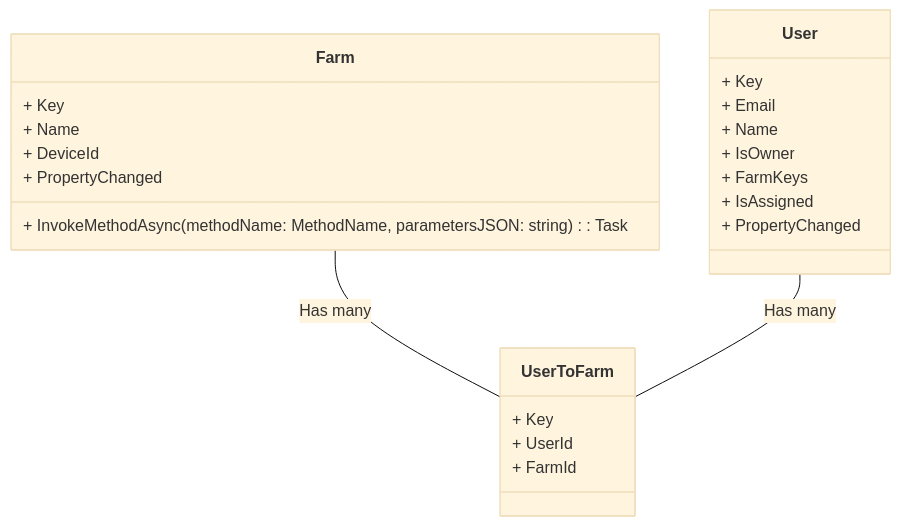
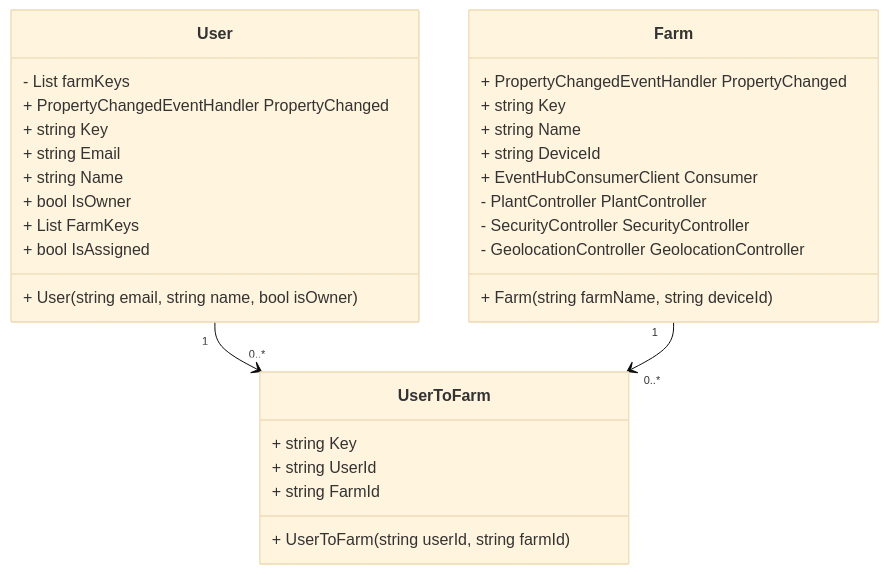
The first of 5 diagrams in README.md (carsonSgit/CropCare), drawn with Mermaid (base theme) before and after one commit. The commit also changed other lines of this file, not shown here.

Commit message:
Update User & Farm UML diagrams

````diff
--- a/README.md
+++ b/README.md
@@ -72,26 +72,36 @@
 ```mermaid
 classDiagram
+    class User {
+        - List<string> farmKeys
+        + PropertyChangedEventHandler PropertyChanged
+        + string Key
+        + string Email
+        + string Name
+        + bool IsOwner
+        + List<string> FarmKeys
+        + bool IsAssigned
+        + User(string email, string name, bool isOwner)
+    }
+
     class Farm {
-        + Key
-        + Name
-        + DeviceId
-        + PropertyChanged
-        + InvokeMethodAsync(methodName: MethodName, parametersJSON: string): Task
+        + PropertyChangedEventHandler PropertyChanged
+        + string Key
+        + string Name
+        + string DeviceId
+        + EventHubConsumerClient Consumer
+        - PlantController PlantController
+        - SecurityController SecurityController
+        - GeolocationController GeolocationController
+        + Farm(string farmName, string deviceId)
     }
-    class User {
-        + Key
-        + Email
-        + Name
-        + IsOwner
-        + FarmKeys
-        + IsAssigned
-        + PropertyChanged
+
+    class UserToFarm {
+        + string Key
+        + string UserId
+        + string FarmId
+        + UserToFarm(string userId, string farmId)
     }
-    class UserToFarm {
-        + Key
-        + UserId
-        + FarmId
-    }
-    Farm -- UserToFarm : Has many
-    User -- UserToFarm : Has many
+
+    User "1" --> "0..*" UserToFarm
+    Farm "1" --> "0..*" UserToFarm
 ```
````
